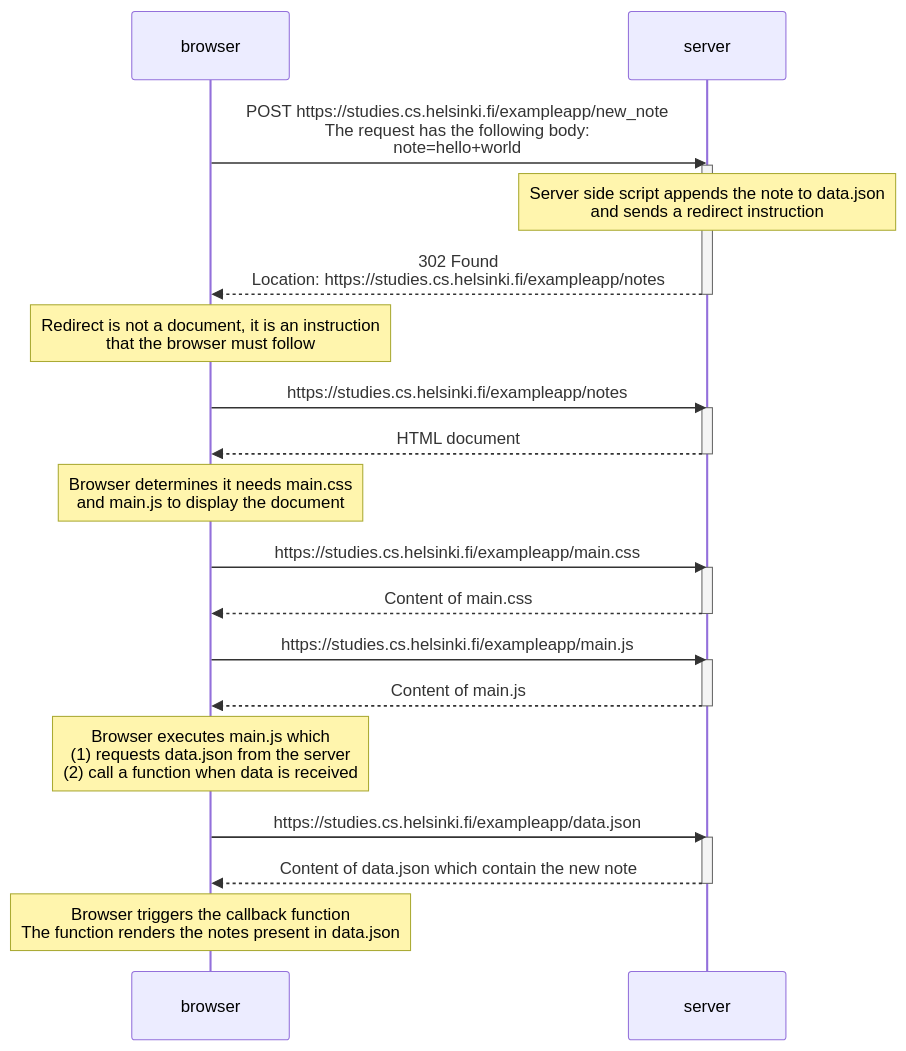
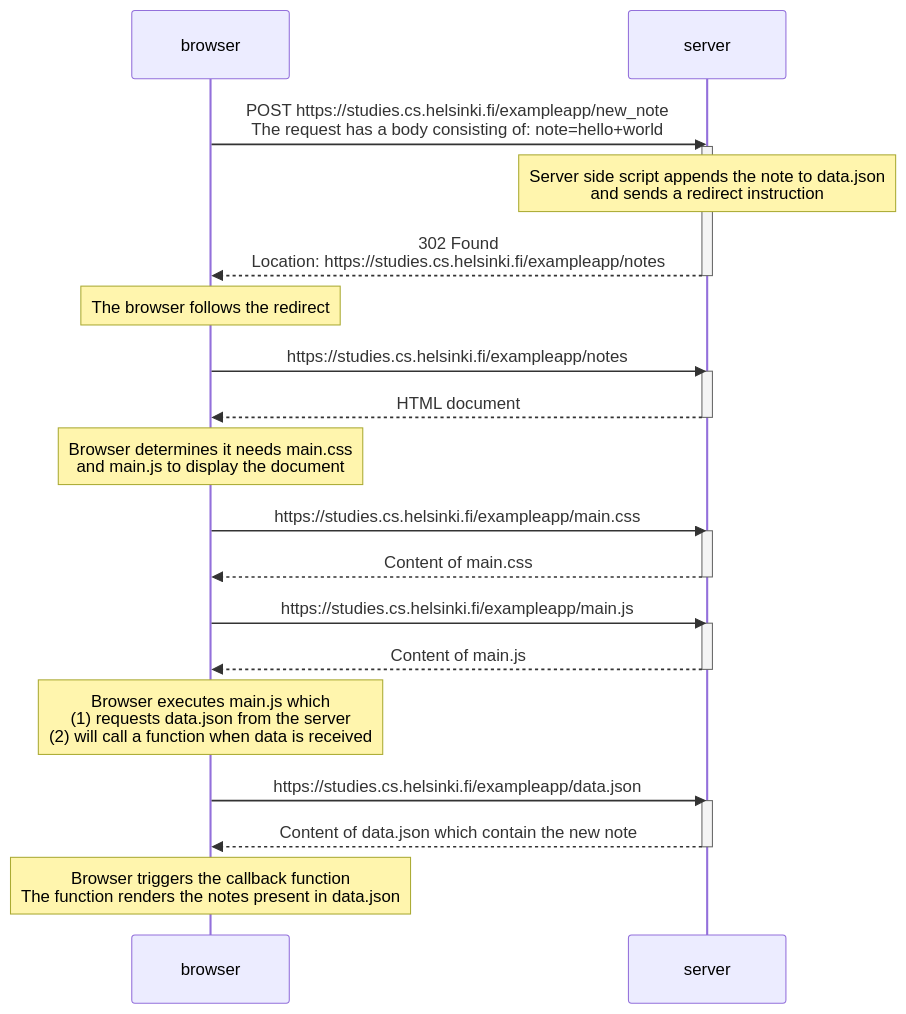
Before and after one commit to salmanarshad2000/fullstackopen: the diagram in part0/ex-4.md, drawn with Mermaid. The commit also changed 1 other file, not shown here.

Commit message:
part 0 exercise 5

````diff
--- a/part0/ex-4.md
+++ b/part0/ex-4.md
@@ -3,36 +3,36 @@
 ```mermaid
 sequenceDiagram
     participant browser
     participant server
 
-    browser->>server: POST https://studies.cs.helsinki.fi/exampleapp/new_note<br>The request has the following body:<br>note=hello+world
+    browser->>server: POST https://studies.cs.helsinki.fi/exampleapp/new_note<br>The request has a body consisting of: note=hello+world
     activate server
     Note over server: Server side script appends the note to data.json<br>and sends a redirect instruction
     server-->>browser: 302 Found<br>Location: https://studies.cs.helsinki.fi/exampleapp/notes
     deactivate server
 
-    Note over browser: Redirect is not a document, it is an instruction<br>that the browser must follow
+    Note over browser: The browser follows the redirect
     browser->>server: https://studies.cs.helsinki.fi/exampleapp/notes
     activate server
     server-->>browser: HTML document
     deactivate server
 
     Note over browser: Browser determines it needs main.css<br>and main.js to display the document
     browser->>server: https://studies.cs.helsinki.fi/exampleapp/main.css
     activate server
     server-->>browser: Content of main.css
     deactivate server
 
     browser->>server: https://studies.cs.helsinki.fi/exampleapp/main.js
     activate server
     server-->>browser: Content of main.js
     deactivate server
 
-    Note over browser: Browser executes main.js which<br>(1) requests data.json from the server<br>(2) call a function when data is received
+    Note over browser: Browser executes main.js which<br>(1) requests data.json from the server<br>(2) will call a function when data is received
     browser->>server: https://studies.cs.helsinki.fi/exampleapp/data.json
     activate server
     server-->>browser: Content of data.json which contain the new note
     deactivate server
 
     Note over browser: Browser triggers the callback function<br>The function renders the notes present in data.json
 ```
````
